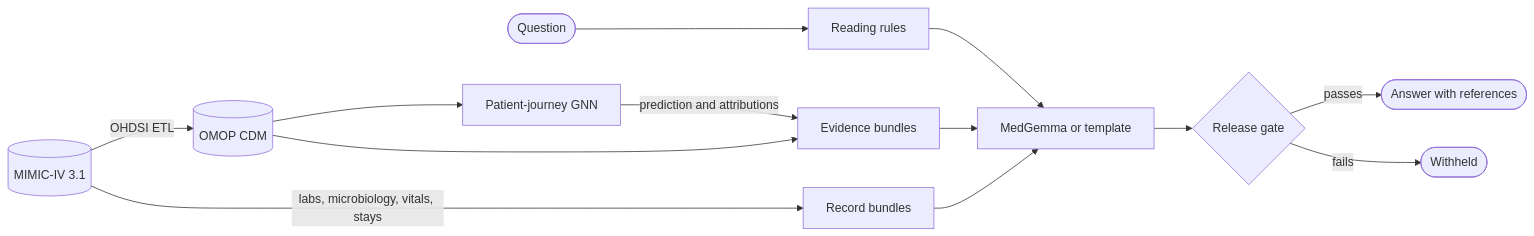
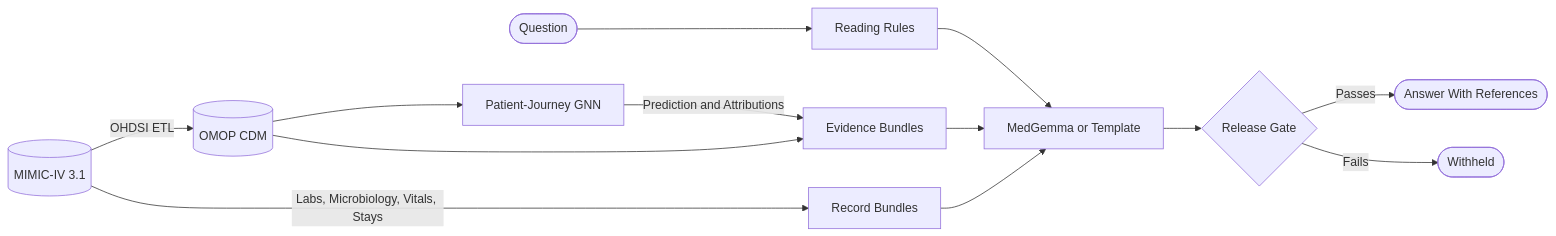
One commit to maa2002/ehr-evidence-app changed the diagram in README.md. Above: the diagram before and after it, drawn with Mermaid. The commit also changed other lines of this file and 48 other files, not shown here.

````diff
--- a/README.md
+++ b/README.md
@@ -132,15 +131,15 @@
 ```mermaid
 flowchart LR
     mimic[(MIMIC-IV 3.1)] -->|OHDSI ETL| omop[(OMOP CDM)]
-    omop --> gnn[Patient-journey GNN]
-    gnn -->|prediction and attributions| evidence[Evidence bundles]
+    omop --> gnn[Patient-Journey GNN]
+    gnn -->|Prediction and Attributions| evidence[Evidence Bundles]
     omop --> evidence
-    mimic -->|labs, microbiology, vitals, stays| records[Record bundles]
-    question([Question]) --> rules[Reading rules]
-    rules --> writer[MedGemma or template]
+    mimic -->|Labs, Microbiology, Vitals, Stays| records[Record Bundles]
+    question([Question]) --> rules[Reading Rules]
+    rules --> writer[MedGemma or Template]
     evidence --> writer
     records --> writer
-    writer --> gate{Release gate}
-    gate -->|passes| answer([Answer with references])
-    gate -->|fails| withheld([Withheld])
+    writer --> gate{Release Gate}
+    gate -->|Passes| answer([Answer With References])
+    gate -->|Fails| withheld([Withheld])
 ```
````
